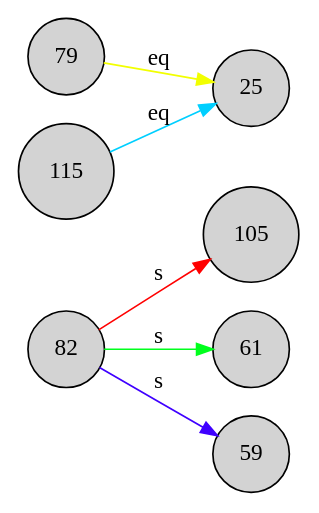
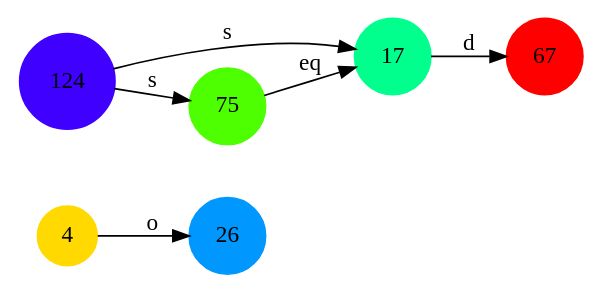
Before and after one commit to AssistiveRoboticsUNH/TCG-Classifier: the diagram in ucf_mygraph.dot, drawn with Graphviz. The commit also changed 1 other file, not shown here.

```diff
--- a/ucf_mygraph.dot
+++ b/ucf_mygraph.dot
@@ -1,15 +1,14 @@
 digraph A {
 rankdir = LR;
-node [shape=circle,style=filled] 105
-node [shape=circle,style=filled] 61
-node [shape=circle,style=filled] 59
-node [shape=circle,style=filled] 82
-node [shape=circle,style=filled] 79
-node [shape=circle,style=filled] 115
-node [shape=circle,style=filled] 25
-82 -> 105 [label="s" color="0.0 1.0 1.0" ]
-79 -> 25 [label="eq" color="0.175 1.0 1.0" ]
-82 -> 61 [label="s" color="0.353 1.0 1.0" ]
-115 -> 25 [label="eq" color="0.531 1.0 1.0" ]
-82 -> 59 [label="s" color="0.708 1.0 1.0" ]
+node [shape=circle,style=filled,color="0.142 1.0 1.0"] 4
+node [shape=circle,style=filled,color="0.567 1.0 1.0"] 26
+node [shape=circle,style=filled,color="0.708 1.0 1.0"] 124
+node [shape=circle,style=filled,color="0.0 1.0 1.0"] 67
+node [shape=circle,style=filled,color="0.425 1.0 1.0"] 17
+node [shape=circle,style=filled,color="0.283 1.0 1.0"] 75
+124 -> 75 [label="s" ]
+124 -> 17 [label="s" ]
+17 -> 67 [label="d" ]
+75 -> 17 [label="eq" ]
+4 -> 26 [label="o" ]
 }
```
